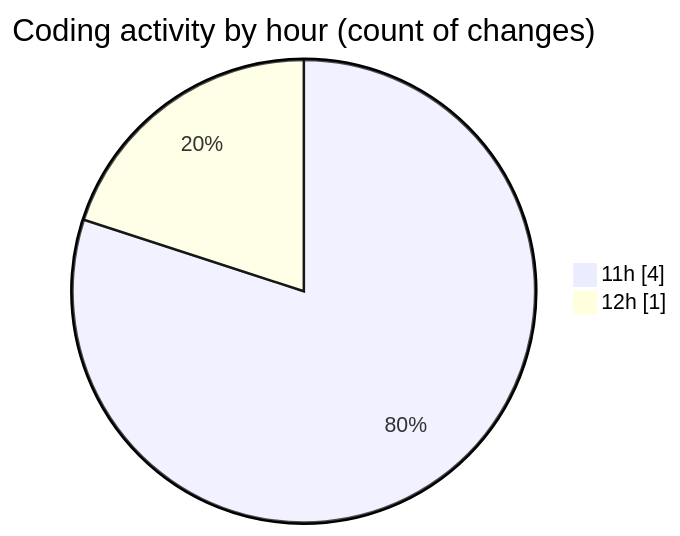
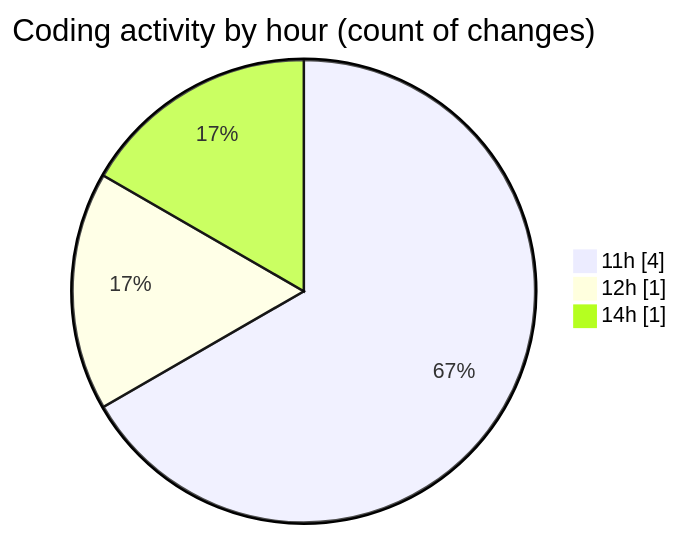
Before and after one commit to nxtqubesakshisongat/code-tracking: the second of 2 diagrams in 2026-06-08/nxtqube_webapp/README.md, drawn with Mermaid. The commit also changed other lines of this file and 1 other file, not shown here.

````diff
--- a/2026-06-08/nxtqube_webapp/README.md
+++ b/2026-06-08/nxtqube_webapp/README.md
@@ -31,6 +32,7 @@
 ```mermaid
 pie showData
 title Coding activity by hour (count of changes)
 "11h" : 4
 "12h" : 1
+"14h" : 1
 ```
````
